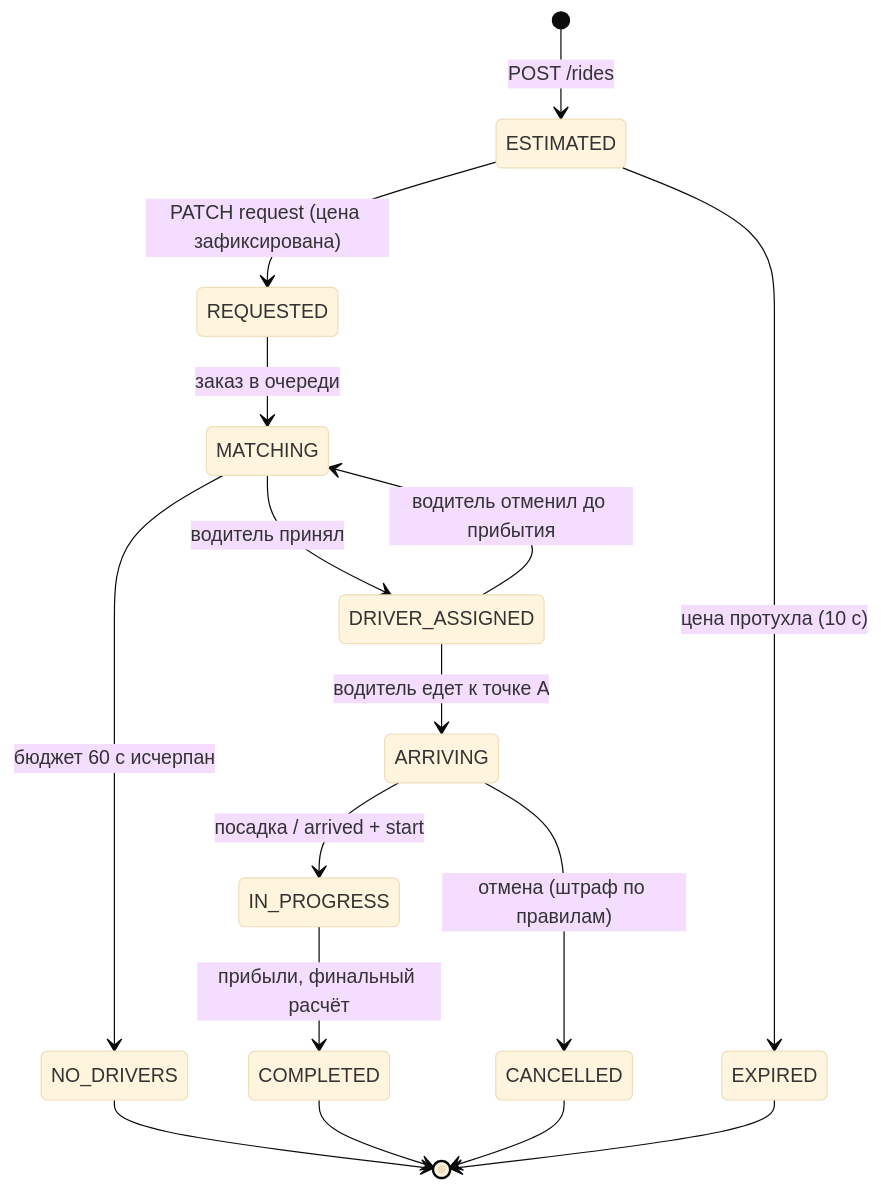
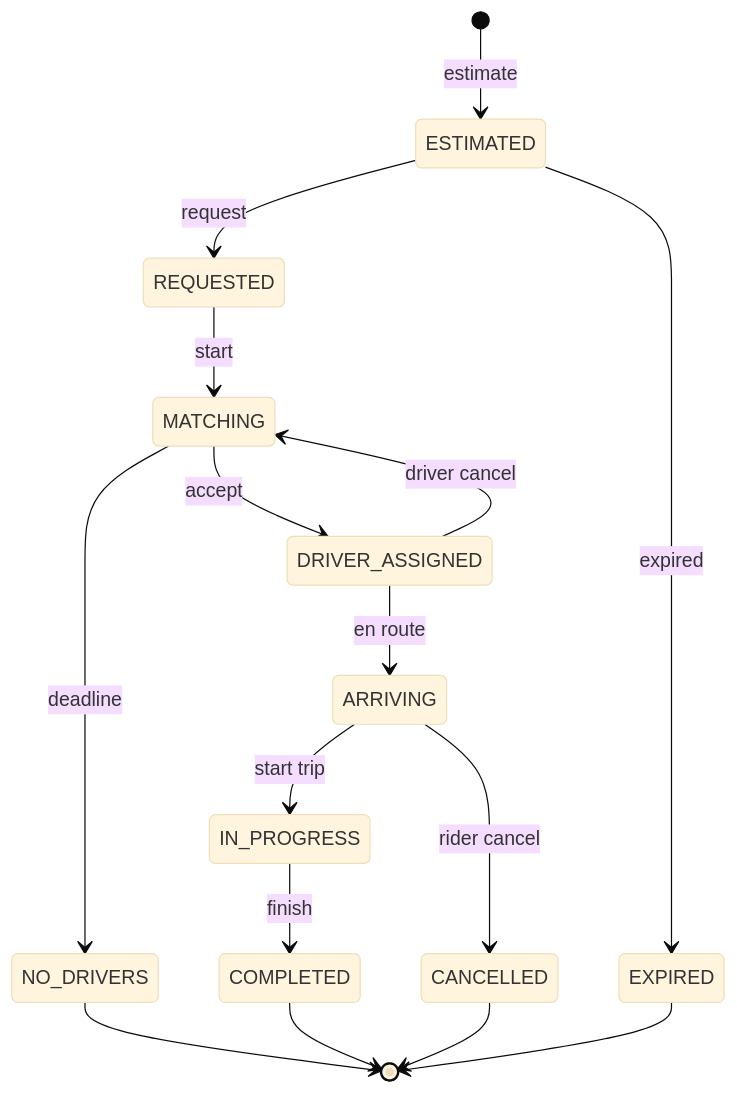
Before and after one commit to AlohaJava/system-design-interview-chamkin: the fifth of 5 diagrams in 02-case-studies/ride-sharing.md, drawn with Mermaid (base theme). The commit also changed other lines of this file and 49 other files, not shown here.

````diff
--- a/02-case-studies/ride-sharing.md
+++ b/02-case-studies/ride-sharing.md
@@ -453,18 +457,18 @@
 ```mermaid
 stateDiagram-v2
-    [*] --> ESTIMATED: POST /rides
-    ESTIMATED --> REQUESTED: PATCH request (цена зафиксирована)
-    ESTIMATED --> EXPIRED: цена протухла (10 с)
-    REQUESTED --> MATCHING: заказ в очереди
-    MATCHING --> DRIVER_ASSIGNED: водитель принял
-    MATCHING --> NO_DRIVERS: бюджет 60 с исчерпан
-    DRIVER_ASSIGNED --> ARRIVING: водитель едет к точке A
-    DRIVER_ASSIGNED --> MATCHING: водитель отменил до прибытия
-    ARRIVING --> IN_PROGRESS: посадка / arrived + start
-    ARRIVING --> CANCELLED: отмена (штраф по правилам)
-    IN_PROGRESS --> COMPLETED: прибыли, финальный расчёт
+    [*] --> ESTIMATED: estimate
+    ESTIMATED --> REQUESTED: request
+    ESTIMATED --> EXPIRED: expired
+    REQUESTED --> MATCHING: start
+    MATCHING --> DRIVER_ASSIGNED: accept
+    MATCHING --> NO_DRIVERS: deadline
+    DRIVER_ASSIGNED --> ARRIVING: en route
+    DRIVER_ASSIGNED --> MATCHING: driver cancel
+    ARRIVING --> IN_PROGRESS: start trip
+    ARRIVING --> CANCELLED: rider cancel
+    IN_PROGRESS --> COMPLETED: finish
     NO_DRIVERS --> [*]
     COMPLETED --> [*]
     CANCELLED --> [*]
     EXPIRED --> [*]
 ```
````
